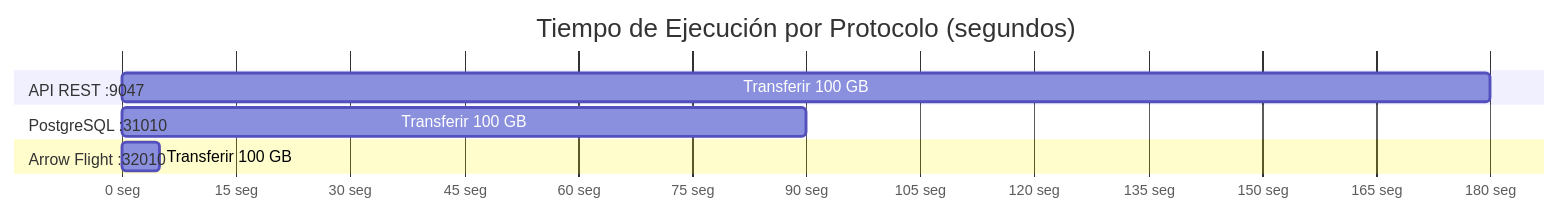
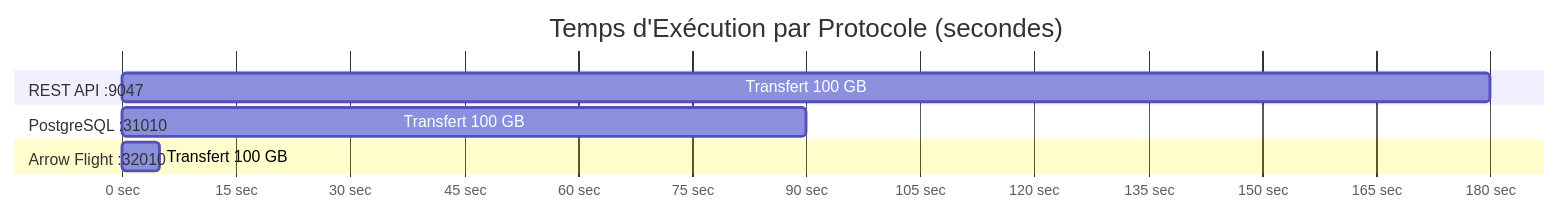
One commit to Monsau/Talentys-OSS-Data-Platform changed the third of 9 diagrams in docs/i18n/es/architecture/dremio-ports-visual.md. Above: the diagram before and after it, drawn with Mermaid. The commit also changed other lines of this file and 485 other files, not shown here.

First line of the commit message:
feat: v1.1.0 - Complete i18n roadmap, AI services, and data platform

````diff
--- a/docs/i18n/es/architecture/dremio-ports-visual.md
+++ b/docs/i18n/es/architecture/dremio-ports-visual.md
@@ -121,15 +121,15 @@
 ```mermaid
 gantt
-    title Tiempo de Ejecución por Protocolo (segundos)
+    title Temps d'Exécution par Protocole (secondes)
     dateFormat X
-    axisFormat %s seg
+    axisFormat %s sec
     
-    section API REST :9047
-    Transferir 100 GB     :0, 180
+    section REST API :9047
+    Transfert 100 GB     :0, 180
     
     section PostgreSQL :31010
-    Transferir 100 GB     :0, 90
+    Transfert 100 GB     :0, 90
     
     section Arrow Flight :32010
-    Transferir 100 GB     :0, 5
+    Transfert 100 GB     :0, 5
 ```
````
